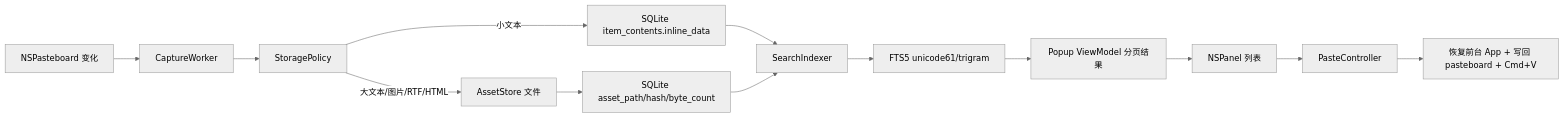
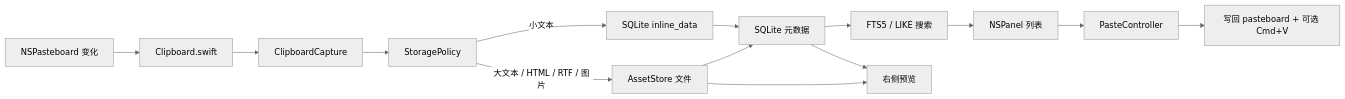
The first of 2 diagrams in docs/target-architecture.md (chyax98/MaccyLite), drawn with Mermaid (neutral theme) before and after one commit. The commit also changed other lines of this file and 12 other files, not shown here.

````diff
--- a/docs/target-architecture.md
+++ b/docs/target-architecture.md
@@ -54,15 +55,16 @@
 ```mermaid
 flowchart LR
-  A["NSPasteboard 变化"] --> B["CaptureWorker"]
-  B --> C["StoragePolicy"]
-  C -->|小文本| D["SQLite item_contents.inline_data"]
-  C -->|大文本/图片/RTF/HTML| E["AssetStore 文件"]
-  E --> F["SQLite asset_path/hash/byte_count"]
-  D --> G["SearchIndexer"]
+  A["NSPasteboard 变化"] --> B["Clipboard.swift"]
+  B --> C["ClipboardCapture"]
+  C --> D["StoragePolicy"]
+  D -->|小文本| E["SQLite inline_data"]
+  D -->|大文本 / HTML / RTF / 图片| F["AssetStore 文件"]
+  E --> G["SQLite 元数据"]
   F --> G
-  G --> H["FTS5 unicode61/trigram"]
-  H --> I["Popup ViewModel 分页结果"]
-  I --> J["NSPanel 列表"]
-  J --> K["PasteController"]
-  K --> L["恢复前台 App + 写回 pasteboard + Cmd+V"]
+  G --> H["FTS5 / LIKE 搜索"]
+  H --> I["NSPanel 列表"]
+  G --> J["右侧预览"]
+  F --> J
+  I --> K["PasteController"]
+  K --> L["写回 pasteboard + 可选 Cmd+V"]
 ```
````
